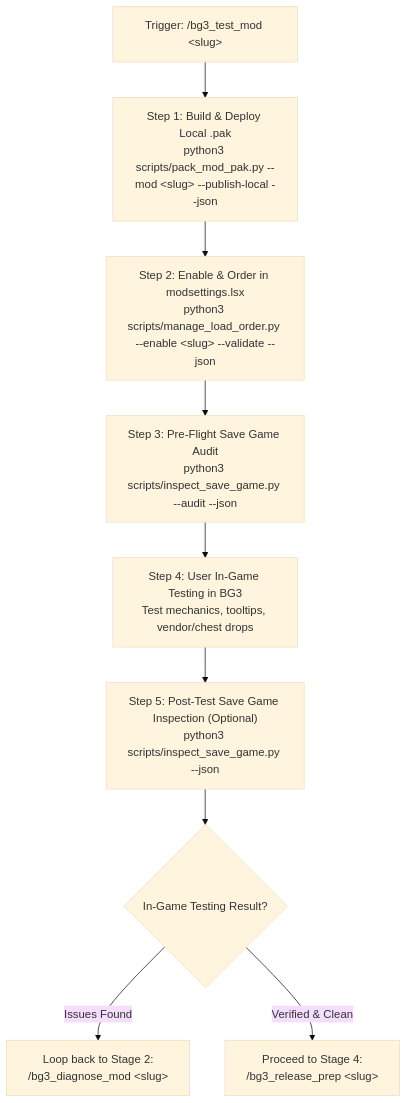
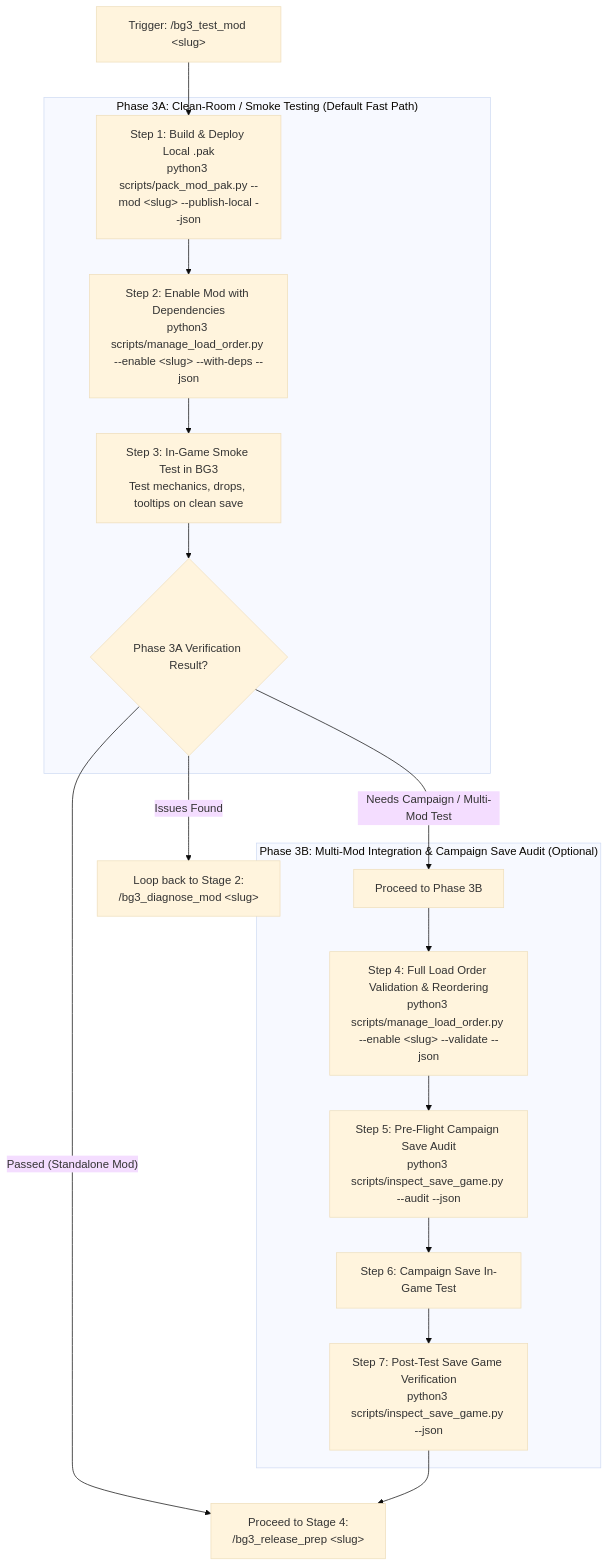
The diagram in .agents/skills/bg3_test_mod/SKILL.md (jpelton-stroud/bg3-mod-studio), drawn with Mermaid (base theme) before and after one commit. The commit also changed other lines of this file and 10 other files, not shown here.

First line of the commit message:
feat(deps): support community and test dependencies across mod lifecycle (#26)

````diff
--- a/.agents/skills/bg3_test_mod/SKILL.md
+++ b/.agents/skills/bg3_test_mod/SKILL.md
@@ -24,18 +26,33 @@
 ```mermaid
 flowchart TD
     Trigger["Trigger: /bg3_test_mod &lt;slug&gt;"] --> Pack["Step 1: Build & Deploy Local .pak
 python3 scripts/pack_mod_pak.py --mod &lt;slug&gt; --publish-local --json"]
-    Pack --> LO["Step 2: Enable & Order in modsettings.lsx
+    
+    subgraph P3A["Phase 3A: Clean-Room / Smoke Testing (Default Fast Path)"]
+        Pack --> DepEnable["Step 2: Enable Mod with Dependencies
+python3 scripts/manage_load_order.py --enable &lt;slug&gt; --with-deps --json"]
+        DepEnable --> InGameSmoke["Step 3: In-Game Smoke Test in BG3
+Test mechanics, drops, tooltips on clean save"]
+        InGameSmoke --> Gate3A{"Phase 3A Verification Result?"}
+    end
+
+    Gate3A -- "Issues Found" --> Loopback["Loop back to Stage 2:
+/bg3_diagnose_mod &lt;slug&gt;"]
+    
+    Gate3A -- "Passed (Standalone Mod)" --> ReleaseGate["Proceed to Stage 4:
+/bg3_release_prep &lt;slug&gt;"]
+    
+    Gate3A -- "Needs Campaign / Multi-Mod Test" --> P3BStart["Proceed to Phase 3B"]
+
+    subgraph P3B["Phase 3B: Multi-Mod Integration & Campaign Save Audit (Optional)"]
+        P3BStart --> FullLO["Step 4: Full Load Order Validation & Reordering
 python3 scripts/manage_load_order.py --enable &lt;slug&gt; --validate --json"]
-    LO --> SaveAudit["Step 3: Pre-Flight Save Game Audit
+        FullLO --> SaveAudit["Step 5: Pre-Flight Campaign Save Audit
 python3 scripts/inspect_save_game.py --audit --json"]
-    SaveAudit --> InGame["Step 4: User In-Game Testing in BG3
-Test mechanics, tooltips, vendor/chest drops"]
-    InGame --> PostSave["Step 5: Post-Test Save Game Inspection (Optional)
+        SaveAudit --> InGameCampaign["Step 6: Campaign Save In-Game Test"]
+        InGameCampaign --> PostSave["Step 7: Post-Test Save Game Verification
 python3 scripts/inspect_save_game.py --json"]
-    PostSave --> Gate{"In-Game Testing Result?"}
-    Gate -- "Issues Found" --> Loopback["Loop back to Stage 2:
-/bg3_diagnose_mod &lt;slug&gt;"]
-    Gate -- "Verified & Clean" --> ReleaseGate["Proceed to Stage 4:
-/bg3_release_prep &lt;slug&gt;"]
+    end
+
+    PostSave --> ReleaseGate
 ```
````
